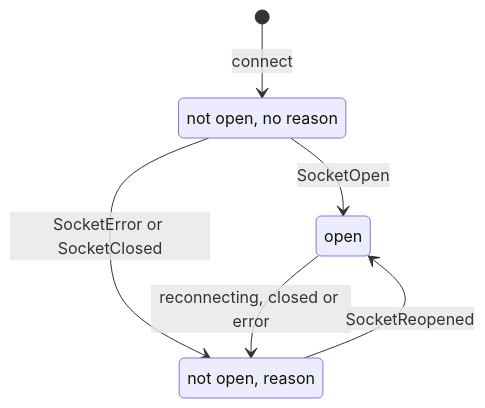
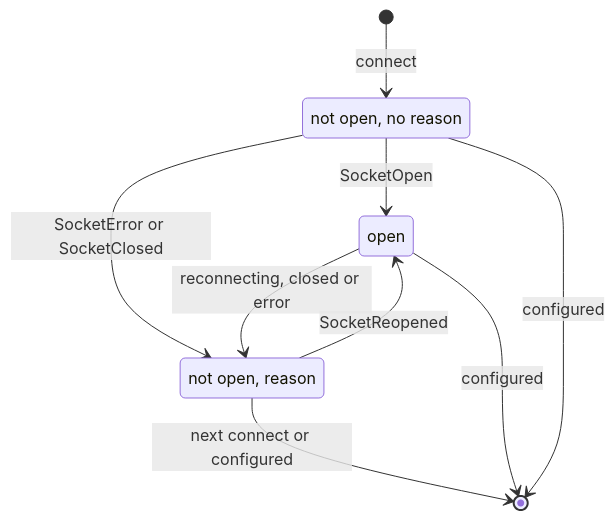
One commit to balaurengine/balaur changed diagram 20 of 21 in docs/LIFECYCLE-networking.md. Above: the diagram before and after it, drawn with Mermaid. The commit also changed other lines of this file and 57 other files, not shown here.

````diff
--- a/docs/LIFECYCLE-networking.md
+++ b/docs/LIFECYCLE-networking.md
@@ -1202,11 +1208,14 @@
 ```mermaid
 stateDiagram-v2
     state "not open, no reason" as Started
     state "open" as RowOpen
     state "not open, reason" as RowDown
     [*] --> Started: connect
     Started --> RowOpen: SocketOpen
     Started --> RowDown: SocketError or SocketClosed
     RowOpen --> RowDown: reconnecting, closed or error
     RowDown --> RowOpen: SocketReopened
+    RowDown --> [*]: next connect or configured
+    RowOpen --> [*]: configured
+    Started --> [*]: configured
 ```
````
